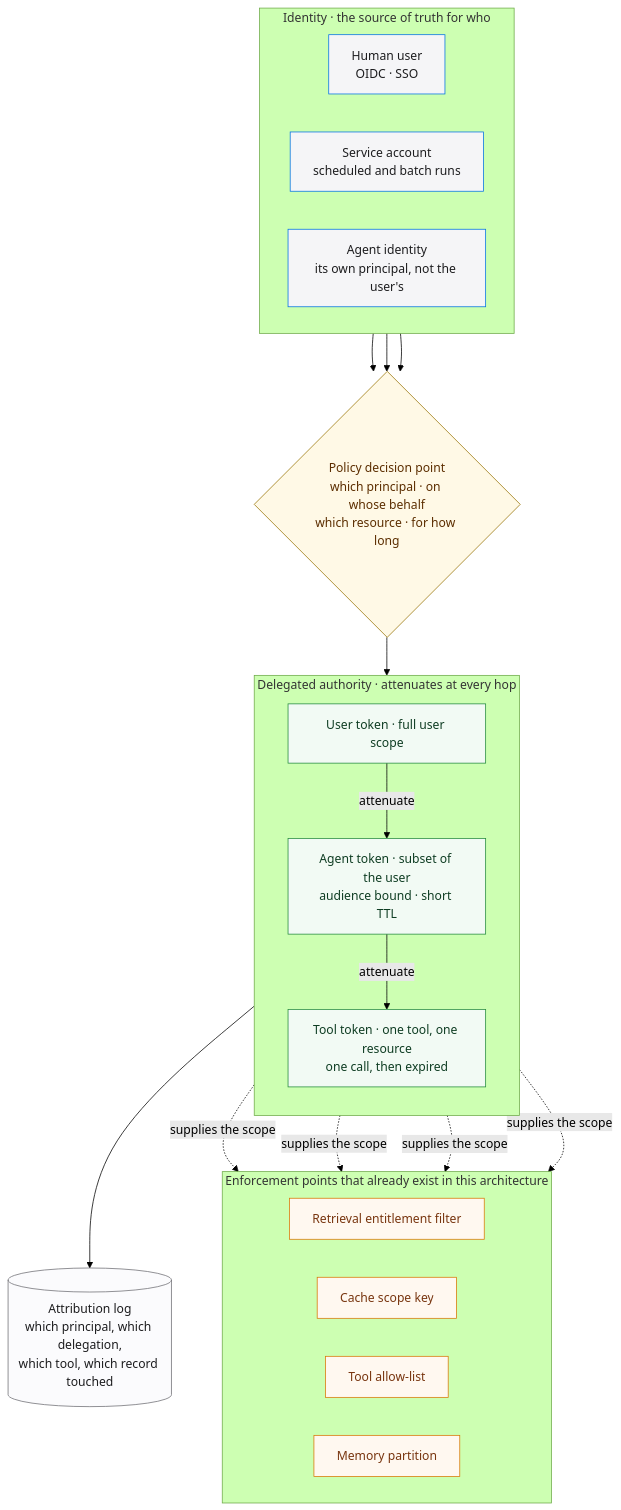
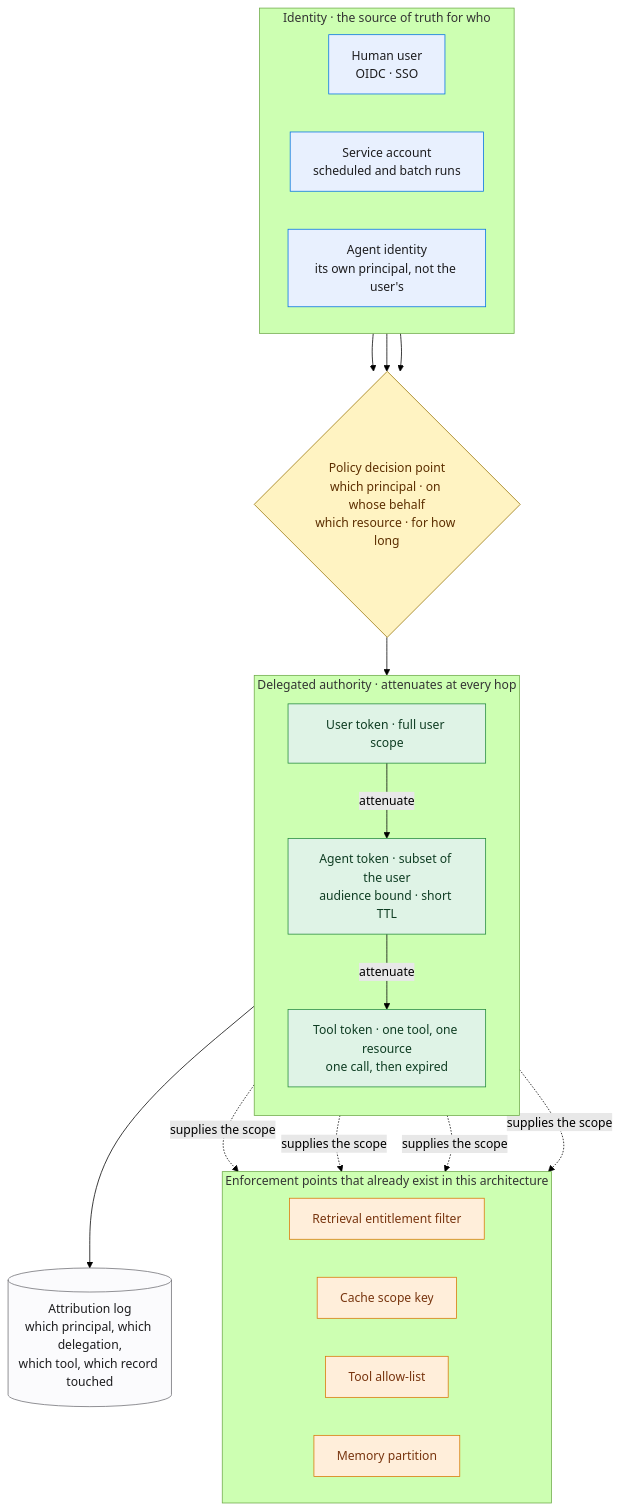
One commit to mlvpatel/open-weight-agent-stack changed diagram 14 of 18 in MANUAL.md. Above: the diagram before and after it, drawn with Mermaid (forest theme). The commit also changed other lines of this file and 36 other files, not shown here.

First line of the commit message:
feat: render diagrams on Pages, richer palette

````diff
--- a/MANUAL.md
+++ b/MANUAL.md
@@ -1195,52 +1195,52 @@
 ```mermaid
 flowchart TB
     subgraph IDP["Identity · the source of truth for who"]
         direction LR
         U["Human user<br/>OIDC · SSO"]
         SVC["Service account<br/>scheduled and batch runs"]
         AG["Agent identity<br/>its own principal, not the user's"]
     end
 
     PDP{"Policy decision point<br/>which principal · on whose behalf<br/>which resource · for how long"}
 
     subgraph TOK["Delegated authority · attenuates at every hop"]
         direction TB
         T1["User token · full user scope"]
         T2["Agent token · subset of the user<br/>audience bound · short TTL"]
         T3["Tool token · one tool, one resource<br/>one call, then expired"]
     end
 
     subgraph PEPS["Enforcement points that already exist in this architecture"]
         direction LR
         E1["Retrieval entitlement filter"]
         E2["Cache scope key"]
         E3["Tool allow-list"]
         E4["Memory partition"]
     end
 
     AUDIT[("Attribution log<br/>which principal, which delegation,<br/>which tool, which record touched")]
 
     U --> PDP
     SVC --> PDP
     AG --> PDP
     PDP --> T1
     T1 -->|attenuate| T2
     T2 -->|attenuate| T3
     T2 -.->|supplies the scope| E1
     T2 -.->|supplies the scope| E2
     T3 -.->|supplies the scope| E3
     T2 -.->|supplies the scope| E4
     T3 --> AUDIT
 
-    classDef id fill:#f5f5f7,stroke:#0071e3,color:#1d1d1f
-    classDef decision fill:#fff9e6,stroke:#997404,color:#5c2e00
-    classDef tok fill:#f2faf4,stroke:#248a3d,color:#0f3d23
-    classDef pep fill:#fff8f0,stroke:#d97706,color:#78350f
+    classDef id fill:#e8f0fe,stroke:#0071e3,color:#1d1d1f
+    classDef decision fill:#fff3c2,stroke:#997404,color:#5c2e00
+    classDef tok fill:#dff3e6,stroke:#248a3d,color:#0f3d23
+    classDef pep fill:#ffeeda,stroke:#d97706,color:#78350f
     classDef store fill:#fbfbfd,stroke:#6e6e73,color:#1d1d1f
 
     class U,SVC,AG id
     class PDP decision
     class T1,T2,T3 tok
     class E1,E2,E3,E4 pep
     class AUDIT store
 ```
````
